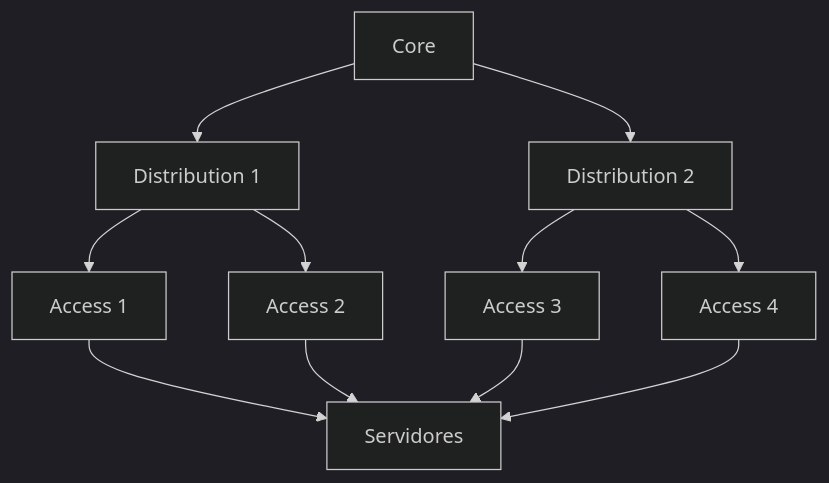
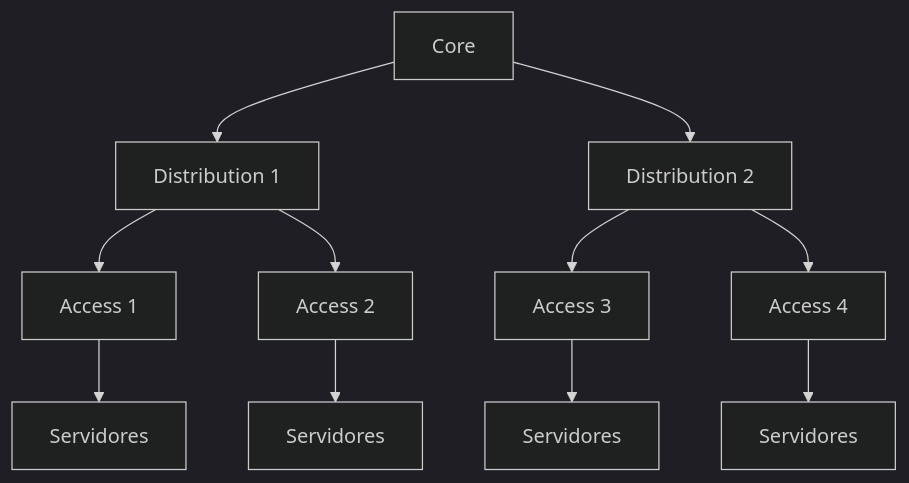
One commit to aramirezdr/slides-redes-de-datos changed the third of 6 diagrams in slides.md. Above: the diagram before and after it, drawn with Mermaid (dark theme). The commit also changed other lines of this file, not shown here.

````diff
--- a/slides.md
+++ b/slides.md
@@ -263,13 +275,13 @@
 ```mermaid
 flowchart TB
-    A[Core] --> B[Distribution 1]
-    A --> C[Distribution 2]
-    B --> D[Access 1]
-    B --> E[Access 2]
-    C --> F[Access 3]
-    C --> G[Access 4]
-    D --> H[Servidores]
-    E --> H
-    F --> H
-    G --> H
+  CORE[Core] --> D1[Distribution 1]
+  CORE --> D2[Distribution 2]
+  D1 --> A1[Access 1]
+  D1 --> A2[Access 2]
+  D2 --> A3[Access 3]
+  D2 --> A4[Access 4]
+  A1 --> S1[Servidores]
+  A2 --> S2[Servidores]
+  A3 --> S3[Servidores]
+  A4 --> S4[Servidores]
 ```
````
